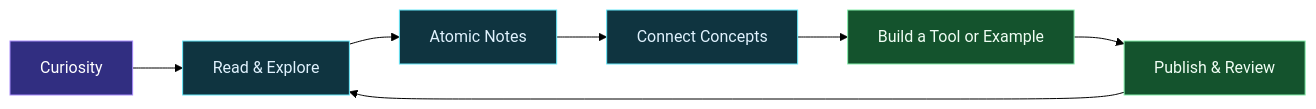
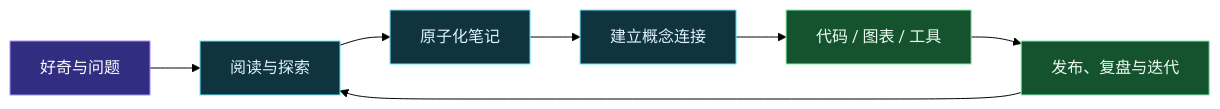
Before and after one commit to ilikui/ilikui: the diagram in README.md, drawn with Mermaid (forest theme). The commit also changed other lines of this file, not shown here.

````diff
--- a/README.md
+++ b/README.md
@@ -102,15 +93,15 @@
 ```mermaid
 flowchart LR
-    A[Curiosity] --> B[Read & Explore]
-    B --> C[Atomic Notes]
-    C --> D[Connect Concepts]
-    D --> E[Build a Tool or Example]
-    E --> F[Publish & Review]
+    A[好奇与问题] --> B[阅读与探索]
+    B --> C[原子化笔记]
+    C --> D[建立概念连接]
+    D --> E[代码 / 图表 / 工具]
+    E --> F[发布、复盘与迭代]
     F --> B
-    classDef start fill:#312e81,stroke:#a78bfa,color:#fff
-    classDef process fill:#0f3440,stroke:#67e8f9,color:#e0f2fe
+    classDef question fill:#312e81,stroke:#a78bfa,color:#fff
+    classDef knowledge fill:#0f3440,stroke:#67e8f9,color:#e0f2fe
     classDef output fill:#14532d,stroke:#86efac,color:#f0fdf4
-    class A start
-    class B,C,D process
+    class A question
+    class B,C,D knowledge
     class E,F output
 ```
````
